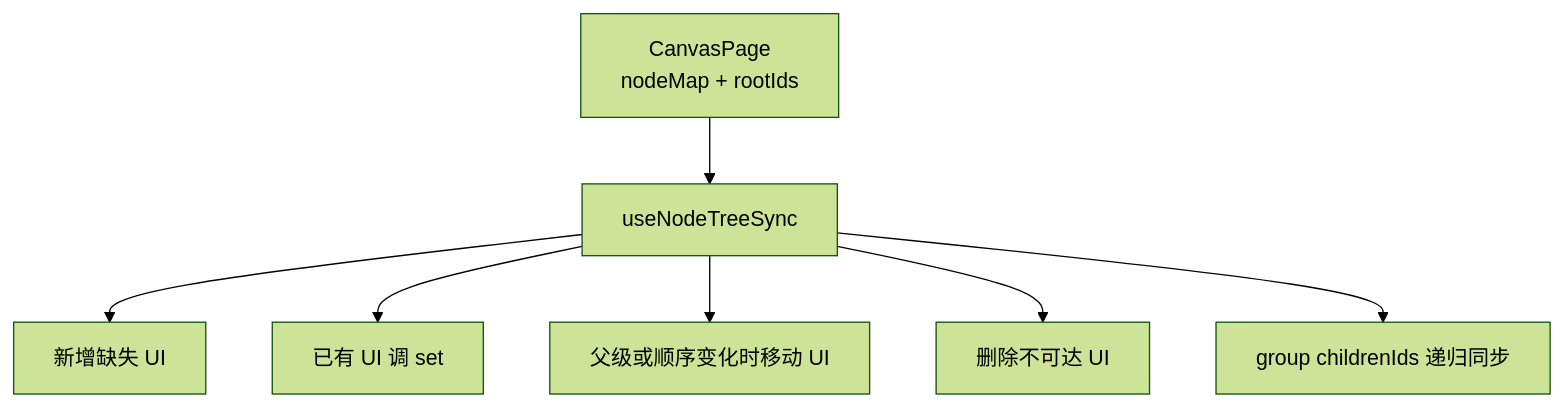
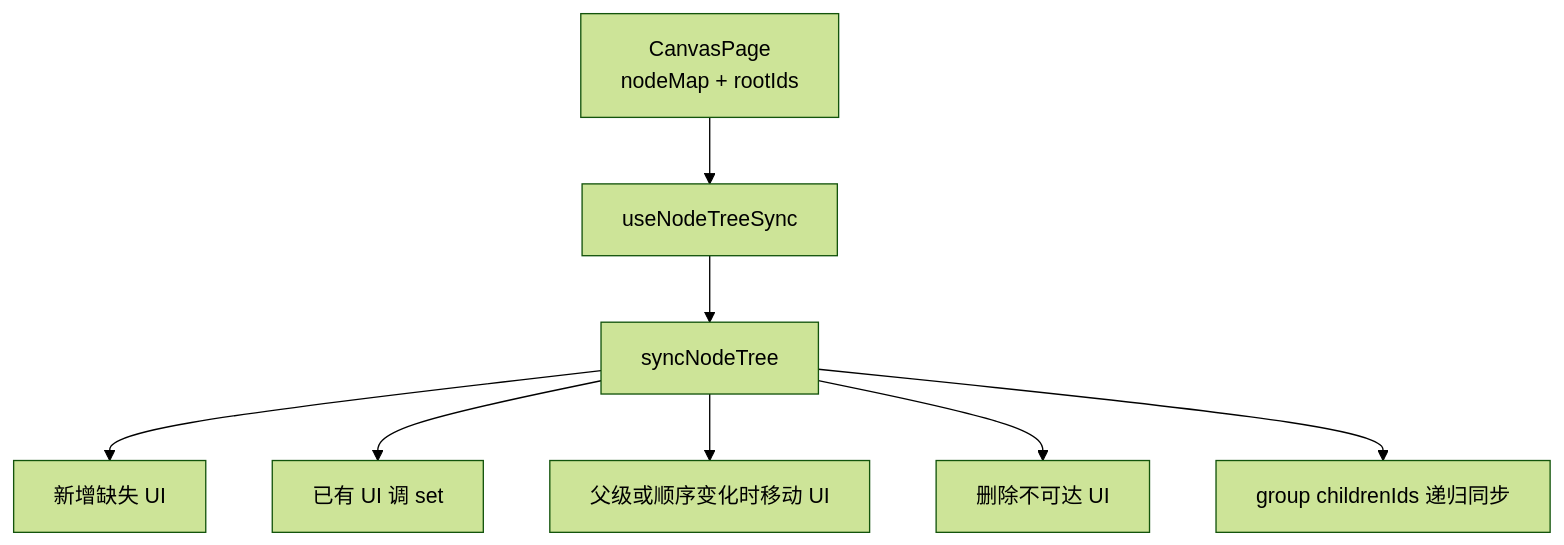
One commit to Tajigaqzh/paint-canvas changed the third of 8 diagrams in src/pages/home/hooks/README.md. Above: the diagram before and after it, drawn with Mermaid (forest theme). The commit also changed other lines of this file and 101 other files, not shown here.

Commit message:
refactor: 拆分 Leafer hook 并接入图片缓存与单测

````diff
--- a/src/pages/home/hooks/README.md
+++ b/src/pages/home/hooks/README.md
@@ -112,9 +123,10 @@
 ```mermaid
 flowchart TD
-  Store[CanvasPage<br/>nodeMap + rootIds] --> Sync[useNodeTreeSync]
+  Store[CanvasPage<br/>nodeMap + rootIds] --> Hook[useNodeTreeSync]
+  Hook --> Sync[syncNodeTree]
   Sync --> Create[新增缺失 UI]
   Sync --> Update[已有 UI 调 set]
   Sync --> Move[父级或顺序变化时移动 UI]
   Sync --> Remove[删除不可达 UI]
   Sync --> Group[group childrenIds 递归同步]
 ```
````
